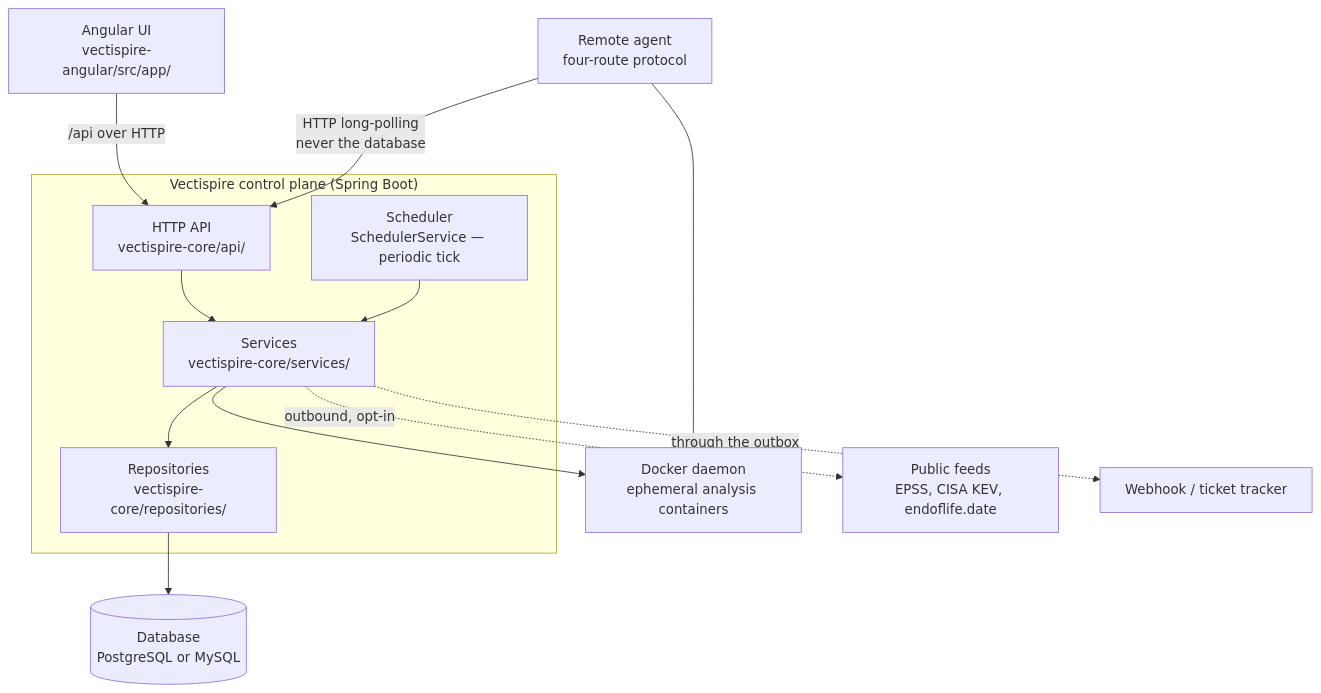
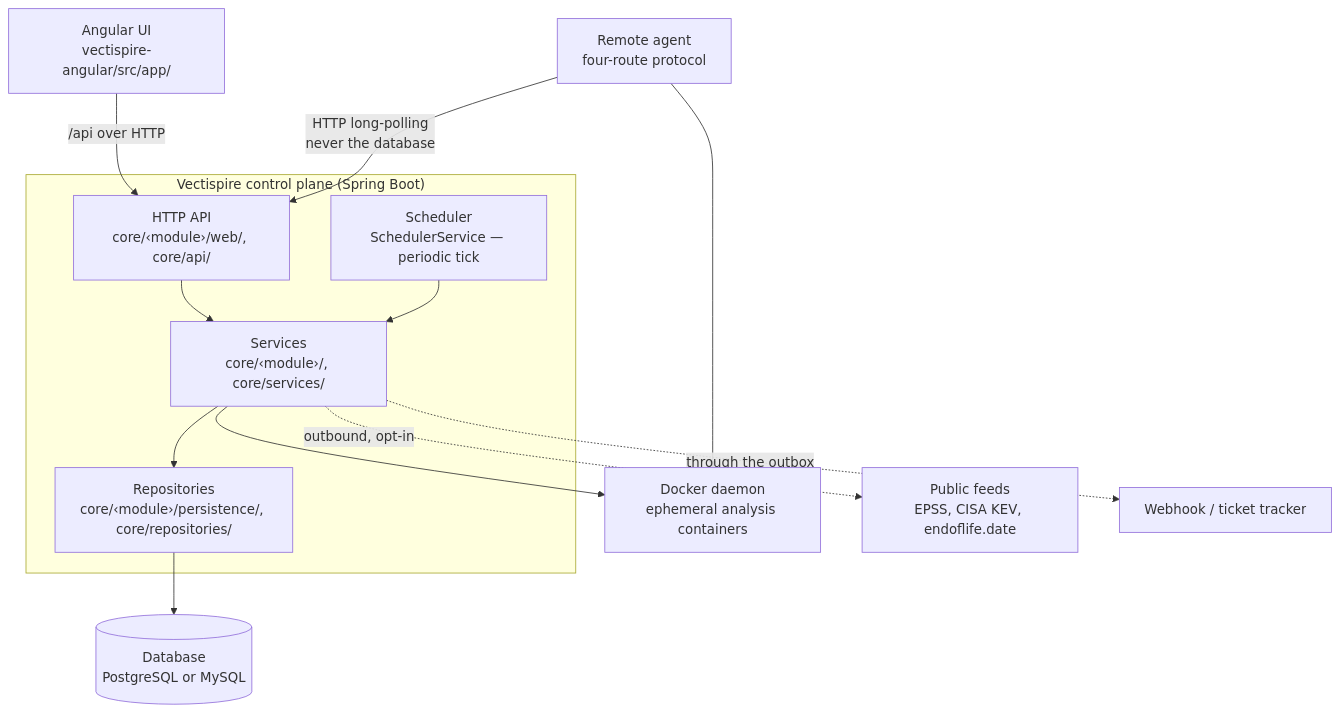
The first of 2 diagrams in docs/architecture/en/01-overview.md (asmolabs/vectispire), drawn with Mermaid before and after one commit. The commit also changed other lines of this file and 11 other files, not shown here.

First line of the commit message:
docs(architecture): decision 0028 and the modularity after steps 3 and 4, in both languages

````diff
--- a/docs/architecture/en/01-overview.md
+++ b/docs/architecture/en/01-overview.md
@@ -42,27 +42,27 @@
 ```mermaid
 flowchart TB
     subgraph proc["Vectispire control plane (Spring Boot)"]
-        API["HTTP API<br/>vectispire-core/api/"]
-        SVC["Services<br/>vectispire-core/services/"]
-        REPO["Repositories<br/>vectispire-core/repositories/"]
+        API["HTTP API<br/>core/‹module›/web/, core/api/"]
+        SVC["Services<br/>core/‹module›/, core/services/"]
+        REPO["Repositories<br/>core/‹module›/persistence/, core/repositories/"]
         SCHED["Scheduler<br/>SchedulerService — periodic tick"]
     end
 
     UI["Angular UI<br/>vectispire-angular/src/app/"]
     DB[("Database<br/>PostgreSQL or MySQL")]
     DOCKER["Docker daemon<br/>ephemeral analysis containers"]
     AGENT["Remote agent<br/>four-route protocol"]
     FEEDS["Public feeds<br/>EPSS, CISA KEV, endoflife.date"]
     HOOK["Webhook / ticket tracker"]
 
     UI -->|"/api over HTTP"| API
     API --> SVC
     SCHED --> SVC
     SVC --> REPO
     REPO --> DB
     SVC --> DOCKER
     SVC -.->|"outbound, opt-in"| FEEDS
     SVC -.->|"through the outbox"| HOOK
     AGENT -->|"HTTP long-polling<br/>never the database"| API
     AGENT --> DOCKER
 ```
````
